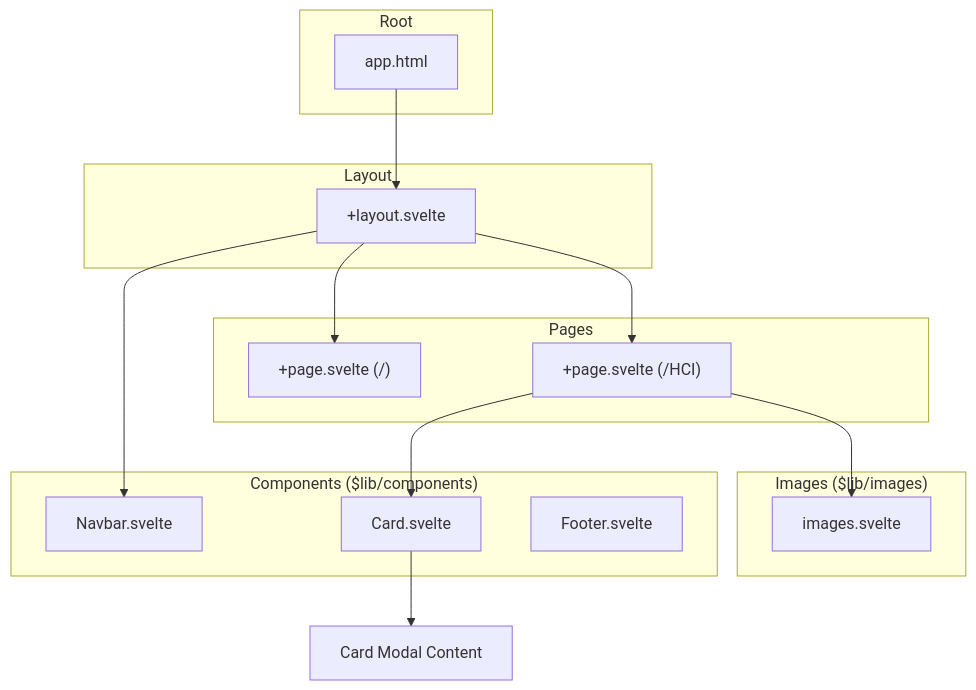
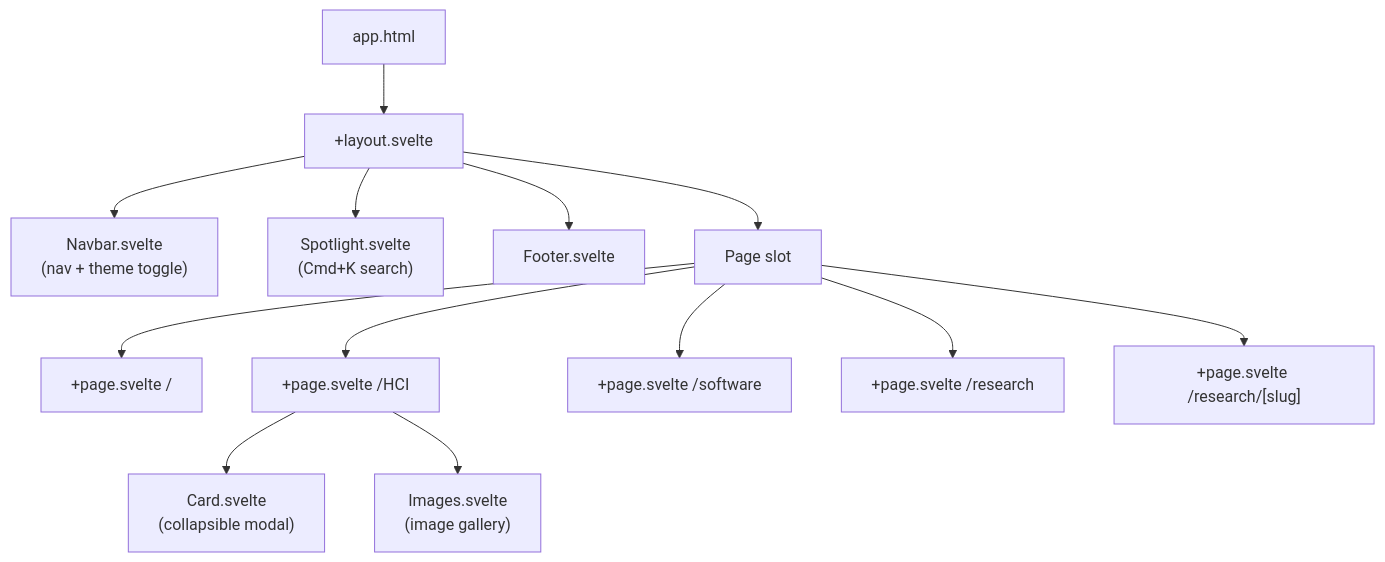
Before and after one commit to apramodk/pweb: the fourth of 6 diagrams in ARCHITECTURE.md, drawn with Mermaid. The commit also changed other lines of this file and 19 other files, not shown here.

````diff
--- a/ARCHITECTURE.md
+++ b/ARCHITECTURE.md
@@ -76,34 +99,18 @@
 ```mermaid
 graph TD
-    subgraph "Root"
-        APP["app.html"]
-    end
+    APP["app.html"] --> LAYOUT["+layout.svelte"]
 
-    subgraph "Layout"
-        LAYOUT["+layout.svelte"]
-    end
+    LAYOUT --> NAVBAR["Navbar.svelte<br/>(nav + theme toggle)"]
+    LAYOUT --> SPOTLIGHT["Spotlight.svelte<br/>(Cmd+K search)"]
+    LAYOUT --> FOOTER["Footer.svelte"]
+    LAYOUT --> SLOT["Page slot"]
 
-    subgraph "Pages"
-        HOME["+page.svelte (/)"]
-        HCI["+page.svelte (/HCI)"]
-    end
+    SLOT --> HOME["+page.svelte /"]
+    SLOT --> HCI["+page.svelte /HCI"]
+    SLOT --> SW["+page.svelte /software"]
+    SLOT --> RES["+page.svelte /research"]
+    SLOT --> PAPER["+page.svelte /research/[slug]"]
 
-    subgraph "Components ($lib/components)"
-        NAVBAR["Navbar.svelte"]
-        CARD["Card.svelte"]
-        FOOTER["Footer.svelte"]
-    end
-
-    subgraph "Images ($lib/images)"
-        IMAGES_COMP["images.svelte"]
-    end
-
-    APP --> LAYOUT
-    LAYOUT --> NAVBAR
-    LAYOUT -->|"<slot>"| HOME
-    LAYOUT -->|"<slot>"| HCI
-    
-    HCI --> CARD
-    HCI --> IMAGES_COMP
-    CARD -->|"<slot>"| CARD_CONTENT["Card Modal Content"]
+    HCI --> CARD["Card.svelte<br/>(collapsible modal)"]
+    HCI --> IMAGES["Images.svelte<br/>(image gallery)"]
 ```
````
